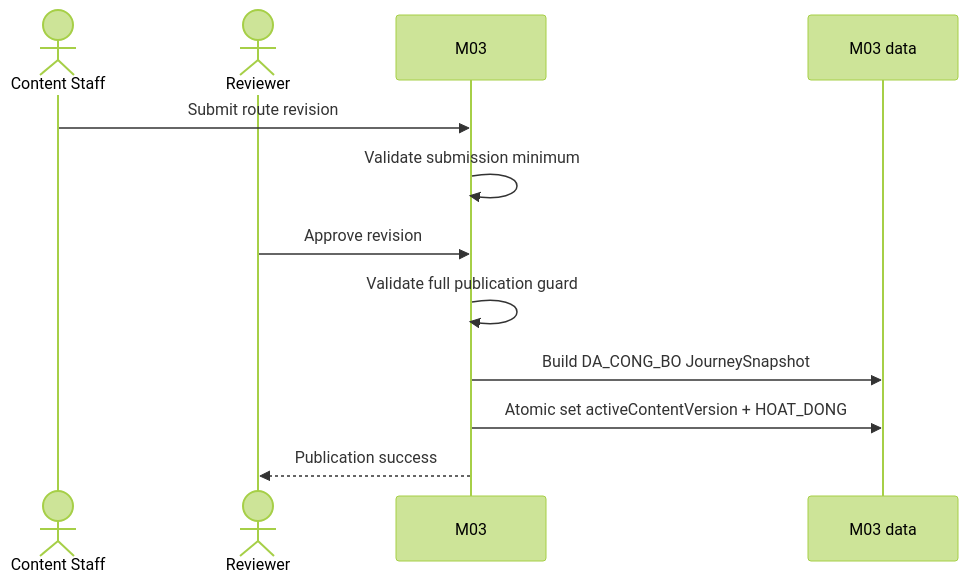
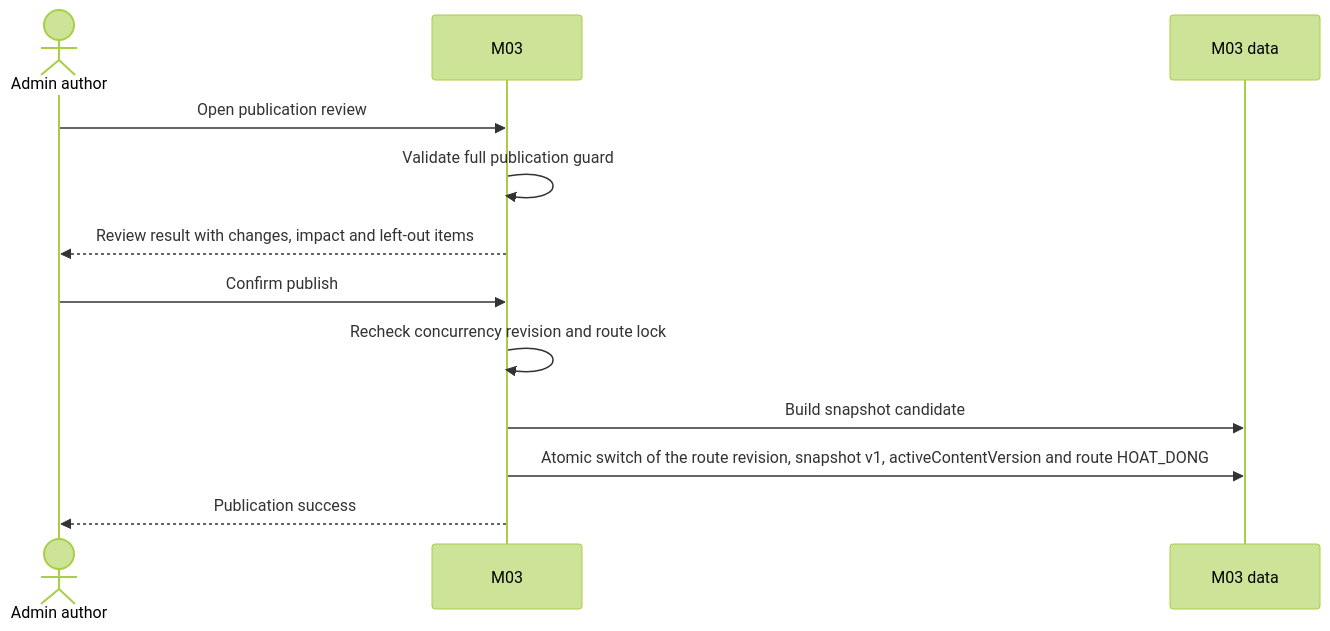
One commit to MckhueVanPhuc/Refactor-Cuc-Phuong changed the second of 8 diagrams in docs/spec/spec-M03.md. Above: the diagram before and after it, drawn with Mermaid (forest theme). The commit also changed other lines of this file and 2 other files, not shown here.

````diff
--- a/docs/spec/spec-M03.md
+++ b/docs/spec/spec-M03.md
@@ -140,14 +213,14 @@
 ```mermaid
 sequenceDiagram
-    actor Staff as Content Staff
-    actor Reviewer
+    actor Author as Admin author
     participant M03
     participant Store as M03 data
-    Staff->>M03: Submit route revision
-    M03->>M03: Validate submission minimum
-    Reviewer->>M03: Approve revision
+    Author->>M03: Open publication review
     M03->>M03: Validate full publication guard
-    M03->>Store: Build DA_CONG_BO JourneySnapshot
-    M03->>Store: Atomic set activeContentVersion + HOAT_DONG
-    M03-->>Reviewer: Publication success
+    M03-->>Author: Review result with changes, impact and left-out items
+    Author->>M03: Confirm publish
+    M03->>M03: Recheck concurrency revision and route lock
+    M03->>Store: Build snapshot candidate
+    M03->>Store: Atomic switch of the route revision, snapshot v1, activeContentVersion and route HOAT_DONG
+    M03-->>Author: Publication success
 ```
````
